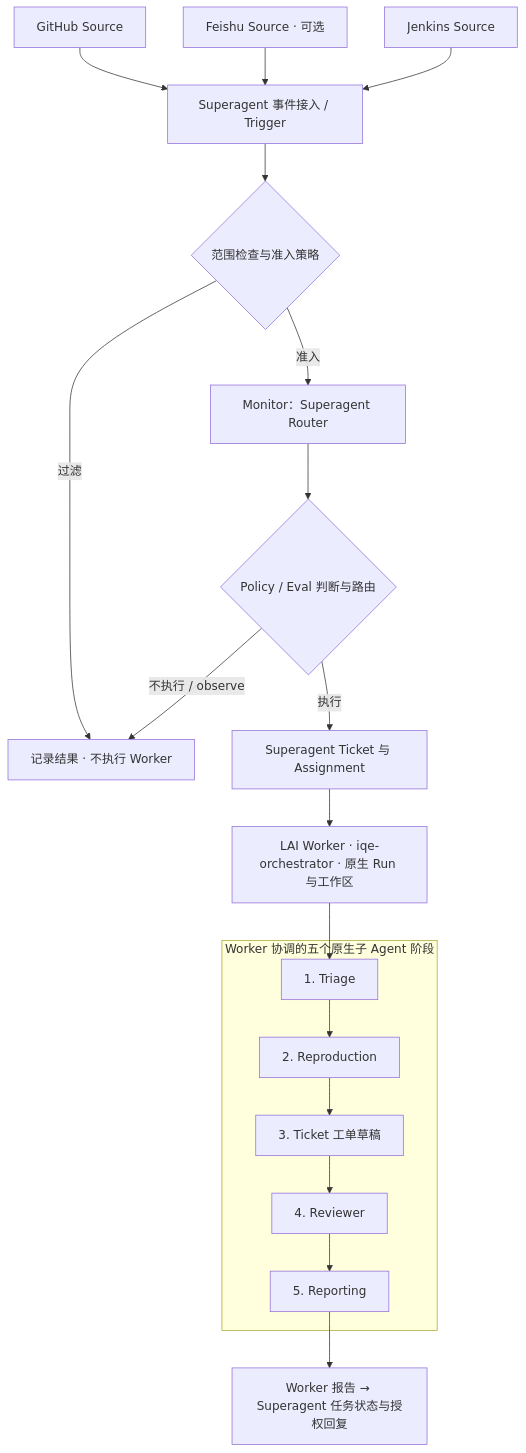
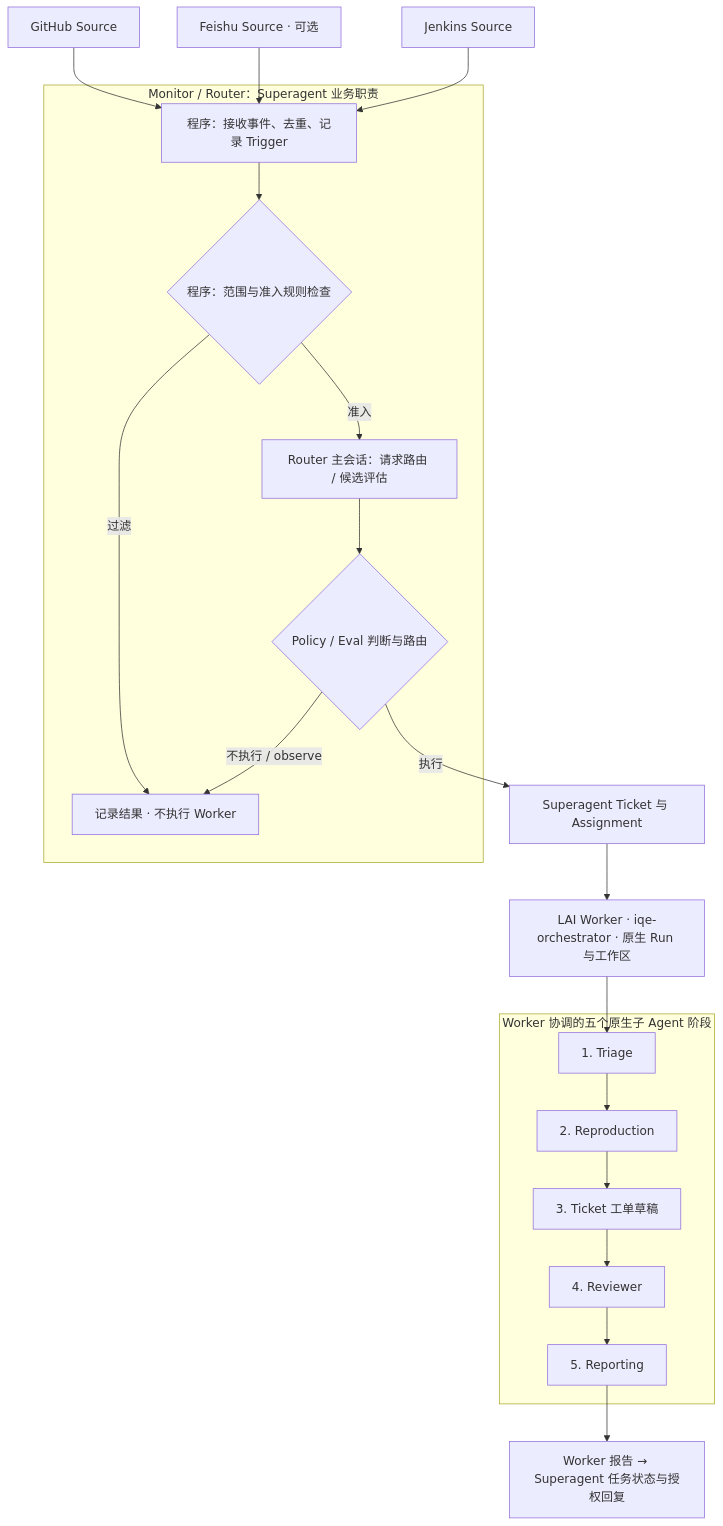
The diagram in README.zh-CN.md (devsuperjin/LAI-Trial), drawn with Mermaid before and after one commit. The commit also changed other lines of this file and 3 other files, not shown here.

Commit message:
docs: clarify Monitor Router ownership and session boundaries

````diff
--- a/README.zh-CN.md
+++ b/README.zh-CN.md
@@ -20,21 +20,26 @@
 ```mermaid
 flowchart TD
-    GH["GitHub Source"] --> Intake["Superagent 事件接入 / Trigger"]
-    FS["Feishu Source · 可选"] --> Intake
-    JK["Jenkins Source"] --> Intake
-    Intake --> Gate{"范围检查与准入策略"}
-    Gate -->|过滤| Record["记录结果 · 不执行 Worker"]
-    Gate -->|准入| Router["Monitor：Superagent Router"]
-    Router --> Decision{"Policy / Eval 判断与路由"}
-    Decision -->|不执行 / observe| Record
+    GH["GitHub Source"]
+    FS["Feishu Source · 可选"]
+    JK["Jenkins Source"]
+    subgraph Monitor["Monitor / Router：Superagent 业务职责"]
+        Intake["程序：接收事件、去重、记录 Trigger"] --> Gate{"程序：范围与准入规则检查"}
+        Gate -->|过滤| Record["记录结果 · 不执行 Worker"]
+        Gate -->|准入| Router["Router 主会话：请求路由 / 候选评估"]
+        Router --> Decision{"Policy / Eval 判断与路由"}
+        Decision -->|不执行 / observe| Record
+    end
+    GH --> Intake
+    FS --> Intake
+    JK --> Intake
     Decision -->|执行| Task["Superagent Ticket 与 Assignment"]
     Task --> Worker["LAI Worker · iqe-orchestrator · 原生 Run 与工作区"]
     subgraph Pipeline["Worker 协调的五个原生子 Agent 阶段"]
         Triage["1. Triage"] --> Reproduce["2. Reproduction"]
         Reproduce --> Ticket["3. Ticket 工单草稿"]
         Ticket --> Review["4. Reviewer"]
         Review --> Reporter["5. Reporting"]
     end
     Worker --> Triage
     Reporter --> Result["Worker 报告 → Superagent 任务状态与授权回复"]
 ```
````
